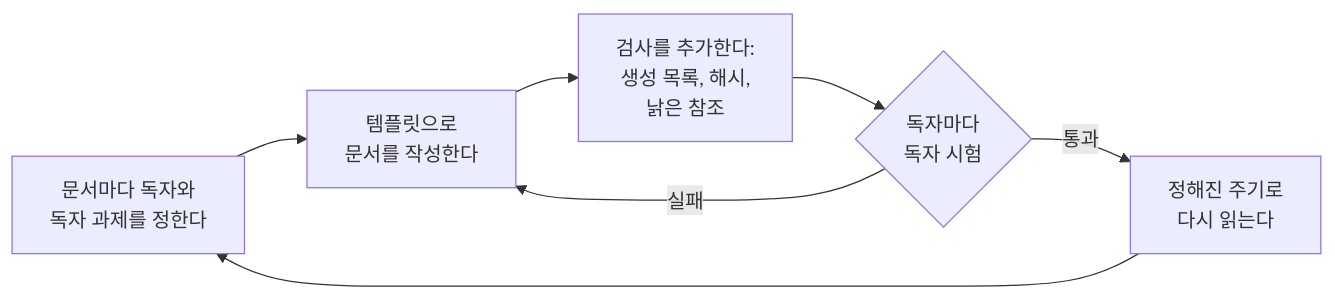
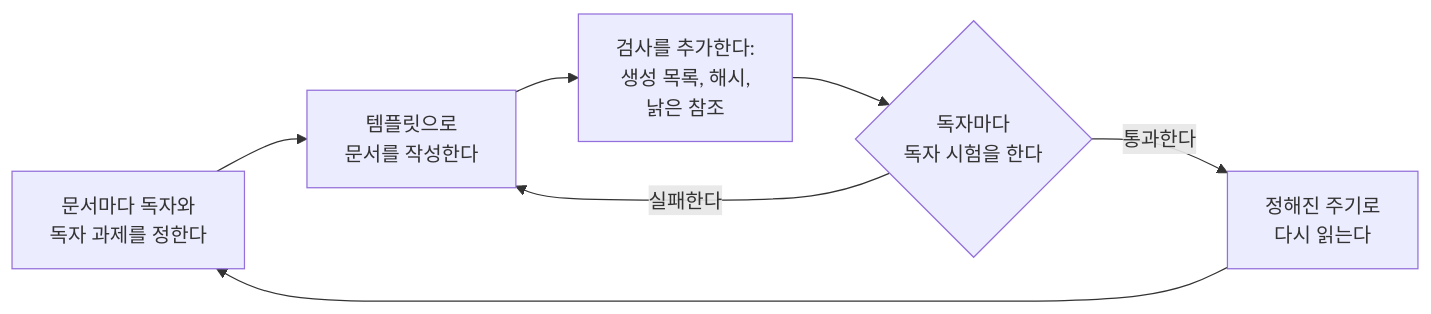
Before and after one commit to dalsoop/stable-agent-documentation-guidebook: the first of 2 diagrams in README.ko.md, drawn with Mermaid. The commit also changed other lines of this file and 17 other files, not shown here.

````diff
--- a/README.ko.md
+++ b/README.ko.md
@@ -19,9 +29,9 @@
 ```mermaid
 flowchart LR
   A["문서마다 독자와<br/>독자 과제를 정한다"] --> B["템플릿으로<br/>문서를 작성한다"]
   B --> C["검사를 추가한다:<br/>생성 목록, 해시,<br/>낡은 참조"]
-  C --> D{"독자마다<br/>독자 시험"}
-  D -->|실패| B
-  D -->|통과| E["정해진 주기로<br/>다시 읽는다"]
+  C --> D{"독자마다<br/>독자 시험을 한다"}
+  D -->|실패한다| B
+  D -->|통과한다| E["정해진 주기로<br/>다시 읽는다"]
   E --> A
 ```
````
